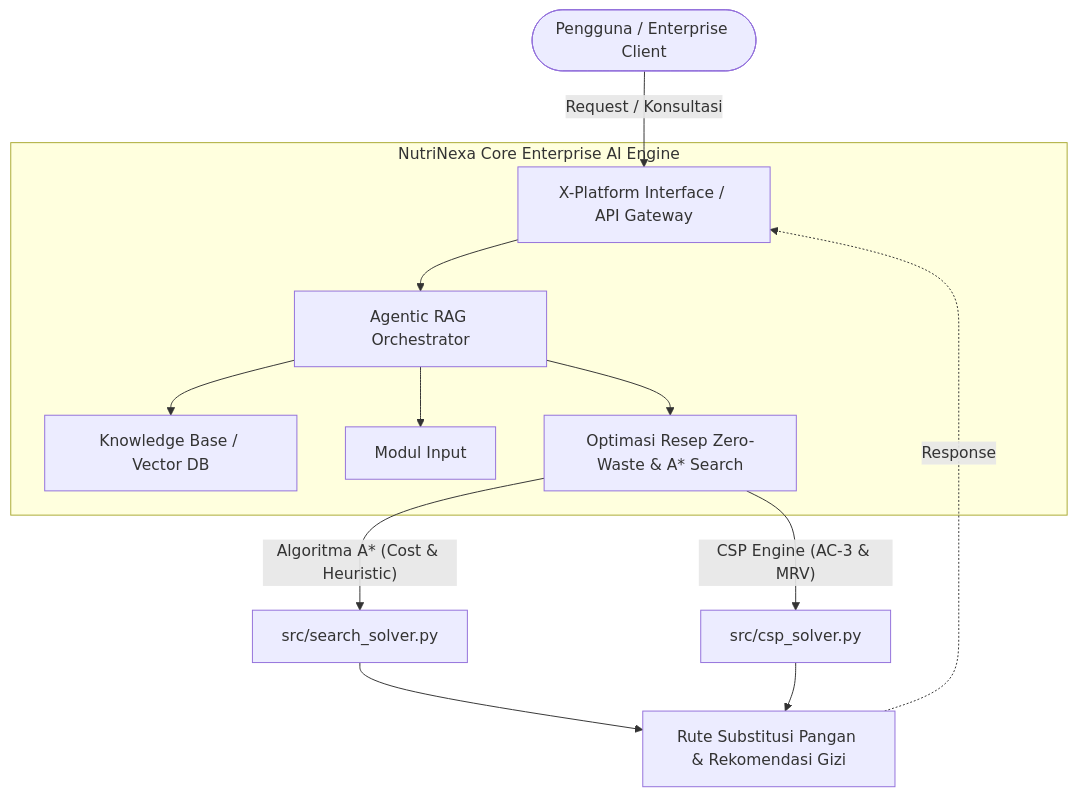
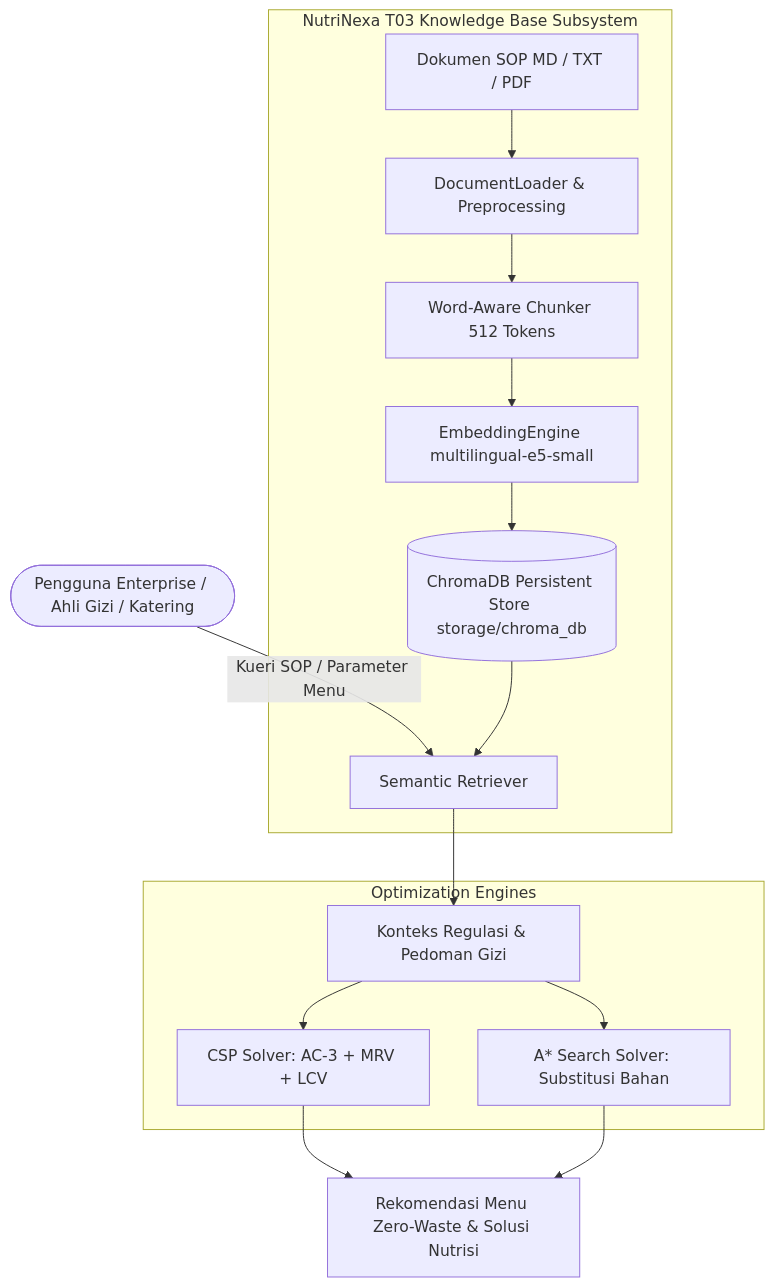
One commit to ChoqySirait/nutrinexa-enterprise-ai-KEL15Certan changed the diagram in README.md. Above: the diagram before and after it, drawn with Mermaid. The commit also changed other lines of this file and 49 other files, not shown here.

Commit message:
feat(t03): complete enterprise knowledge base pipeline

````diff
--- a/README.md
+++ b/README.md
@@ -25,20 +22,21 @@
 ```mermaid
 graph TD
-    User([Pengguna / Enterprise Client]) -->|Request / Konsultasi| UI[X-Platform Interface / API Gateway]
+    User([Pengguna Enterprise / Ahli Gizi / Katering]) -->|Kueri SOP / Parameter Menu| KB_Retriever[Semantic Retriever]
     
-    subgraph NutriNexa Core Enterprise AI Engine
-        UI --> Agent[Agentic RAG Orchestrator]
-        Agent --> Knowledge[Knowledge Base / Vector DB]
-        Agent --> InputMod[Modul Input]
-        Agent --> Optimizer[Optimasi Resep Zero-Waste & A* Search]
+    subgraph NutriNexa T03 Knowledge Base Subsystem
+        DocRaw[Dokumen SOP MD / TXT / PDF] --> Loader[DocumentLoader & Preprocessing]
+        Loader --> Chunker[Word-Aware Chunker 512 Tokens]
+        Chunker --> Engine[EmbeddingEngine multilingual-e5-small]
+        Engine --> VectorStore[(ChromaDB Persistent Store storage/chroma_db)]
+        VectorStore --> KB_Retriever
     end
 
-    Optimizer -->|"Algoritma A* (Cost & Heuristic)"| Solver["src/search_solver.py"]
-    Optimizer -->|"CSP Engine (AC-3 & MRV)"| CSPSolver["src/csp_solver.py"]
-    
-    Solver --> Output[Rute Substitusi Pangan & Rekomendasi Gizi]
-    CSPSolver --> Output
-    
-    Output -.->|Response| UI
+    subgraph Optimization Engines
+        KB_Retriever --> Context[Konteks Regulasi & Pedoman Gizi]
+        Context --> CSPSolver[CSP Solver: AC-3 + MRV + LCV]
+        Context --> AStarSolver[A* Search Solver: Substitusi Bahan]
+    end
 
+    CSPSolver --> Output[Rekomendasi Menu Zero-Waste & Solusi Nutrisi]
+    AStarSolver --> Output
 ```
````
